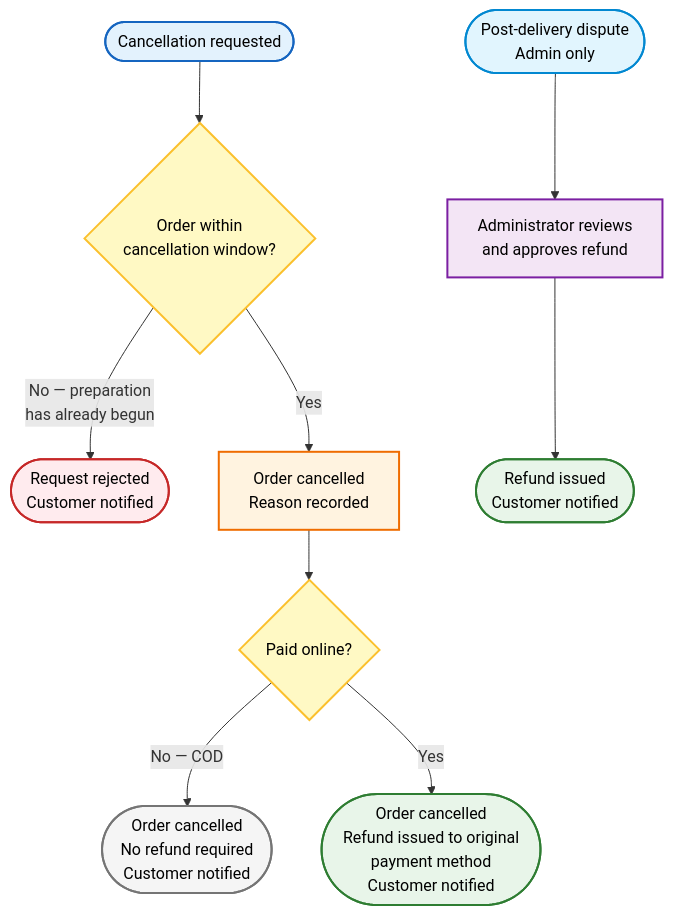
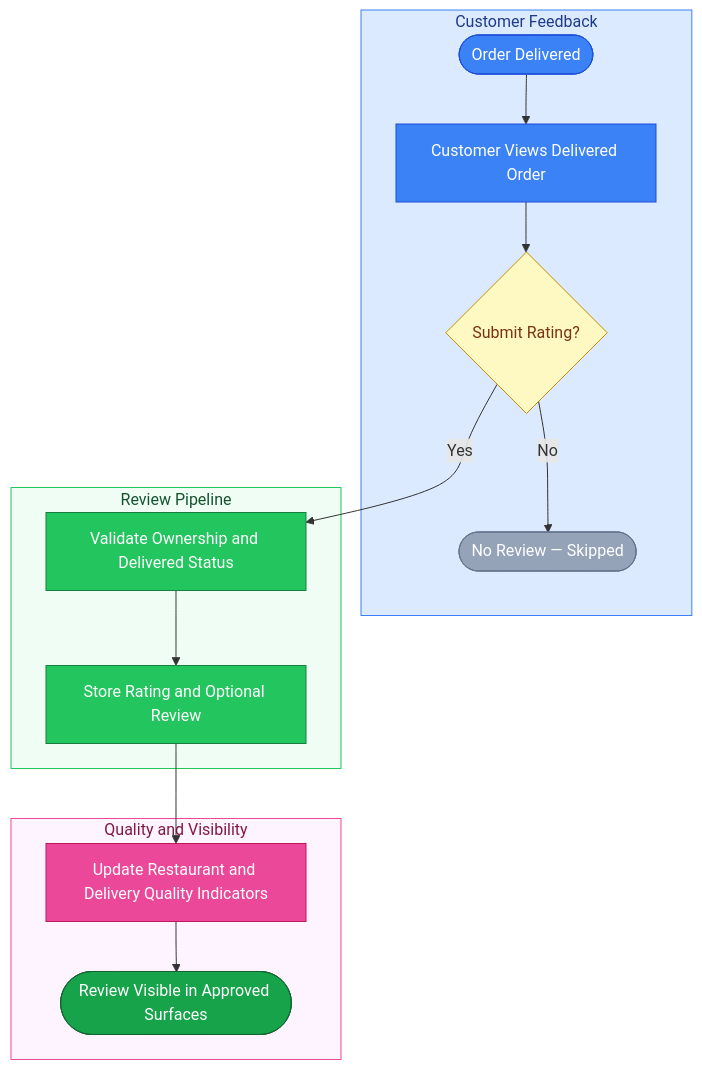
Before and after one commit to luubinhdeptrai/Food_Delivery: the seventh of 7 diagrams in apps/api/docs/Final_Documents/BRD.md, drawn with Mermaid. The commit also changed other lines of this file, not shown here.

````diff
--- a/apps/api/docs/Final_Documents/BRD.md
+++ b/apps/api/docs/Final_Documents/BRD.md
@@ -558,37 +649,41 @@
 ```mermaid
 flowchart TD
-    %% Định nghĩa các Node với chữ đen rõ nét
-    A([Cancellation requested])
-    B{Order within\ncancellation window?}
-    C([Request rejected\nCustomer notified])
-    D[Order cancelled\nReason recorded]
-    E{Paid online?}
-    F([Order cancelled\nNo refund required\nCustomer notified])
-    G([Order cancelled\nRefund issued to original\npayment method\nCustomer notified])
-    H([Post-delivery dispute\nAdmin only])
-    I[Administrator reviews\nand approves refund]
-    J([Refund issued\nCustomer notified])
+    subgraph CustomerFeedback["Customer Feedback"]
+        A(["Order Delivered"])
+        B["Customer Views Delivered Order"]
+        C{"Submit Rating?"}
+        H(["No Review — Skipped"])
+    end
 
-    %% Giữ nguyên các kết nối và nội dung text trên line
-    A --> B
-    B -->|No — preparation\nhas already begun| C
-    B -->|Yes| D
-    D --> E
-    E -->|No — COD| F
-    E -->|Yes| G
+    subgraph ReviewPipeline["Review Pipeline"]
+        D["Validate Ownership and Delivered Status"]
+        E["Store Rating and Optional Review"]
+    end
 
-    H --> I
-    I --> J
+    subgraph QualityUpdate["Quality and Visibility"]
+        F["Update Restaurant and Delivery Quality Indicators"]
+        G(["Review Visible in Approved Surfaces"])
+    end
 
-    %% Styling: Phân nhóm màu sắc và ép chữ đen (#000)
-    style A fill:#E3F2FD,stroke:#1565C0,stroke-width:2px,color:#000
-    style B fill:#FFF9C4,stroke:#FBC02D,stroke-width:2px,color:#000
-    style C fill:#FFEBEE,stroke:#C62828,stroke-width:2px,color:#000
-    style D fill:#FFF3E0,stroke:#EF6C00,stroke-width:2px,color:#000
-    style E fill:#FFF9C4,stroke:#FBC02D,stroke-width:2px,color:#000
-    style F fill:#F5F5F5,stroke:#757575,stroke-width:2px,color:#000
-    style G fill:#E8F5E9,stroke:#2E7D32,stroke-width:2px,color:#000
-    style H fill:#E1F5FE,stroke:#0288D1,stroke-width:2px,color:#000
-    style I fill:#F3E5F5,stroke:#7B1FA2,stroke-width:2px,color:#000
-    style J fill:#E8F5E9,stroke:#2E7D32,stroke-width:2px,color:#000
+    A --> B --> C
+    C -->|"Yes"| D --> E --> F --> G
+    C -->|"No"| H
+
+    classDef customerNode fill:#3B82F6,stroke:#1D4ED8,color:#fff
+    classDef pipelineNode fill:#22C55E,stroke:#15803D,color:#fff
+    classDef qualityNode fill:#EC4899,stroke:#BE185D,color:#fff
+    classDef successNode fill:#16A34A,stroke:#166534,color:#fff
+    classDef neutralNode fill:#94A3B8,stroke:#64748B,color:#fff
+    classDef decisionNode fill:#FEF9C3,stroke:#CA8A04,color:#78350F
+
+    class A,B customerNode
+    class C decisionNode
+    class D,E pipelineNode
+    class F qualityNode
+    class G successNode
+    class H neutralNode
+
+    style CustomerFeedback fill:#DBEAFE,stroke:#3B82F6,color:#1E3A8A
+    style ReviewPipeline fill:#F0FDF4,stroke:#22C55E,color:#14532D
+    style QualityUpdate fill:#FDF4FF,stroke:#EC4899,color:#831843
 ```
````
